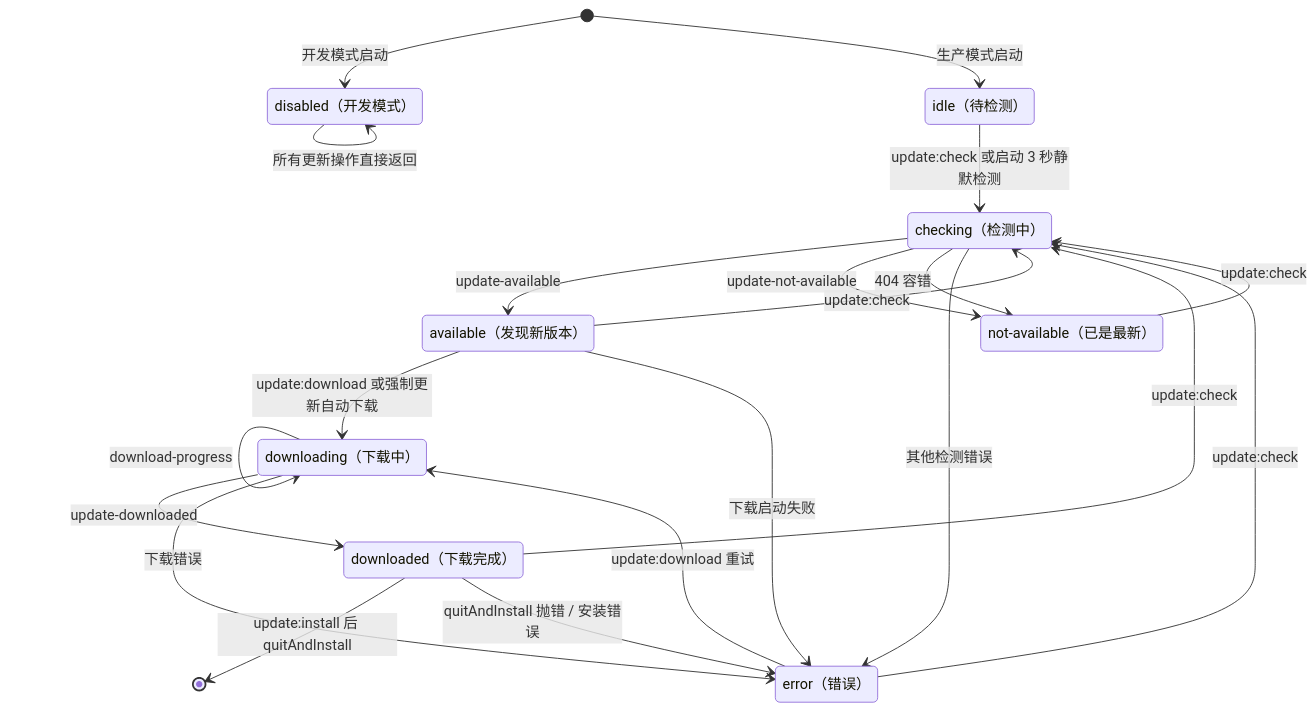
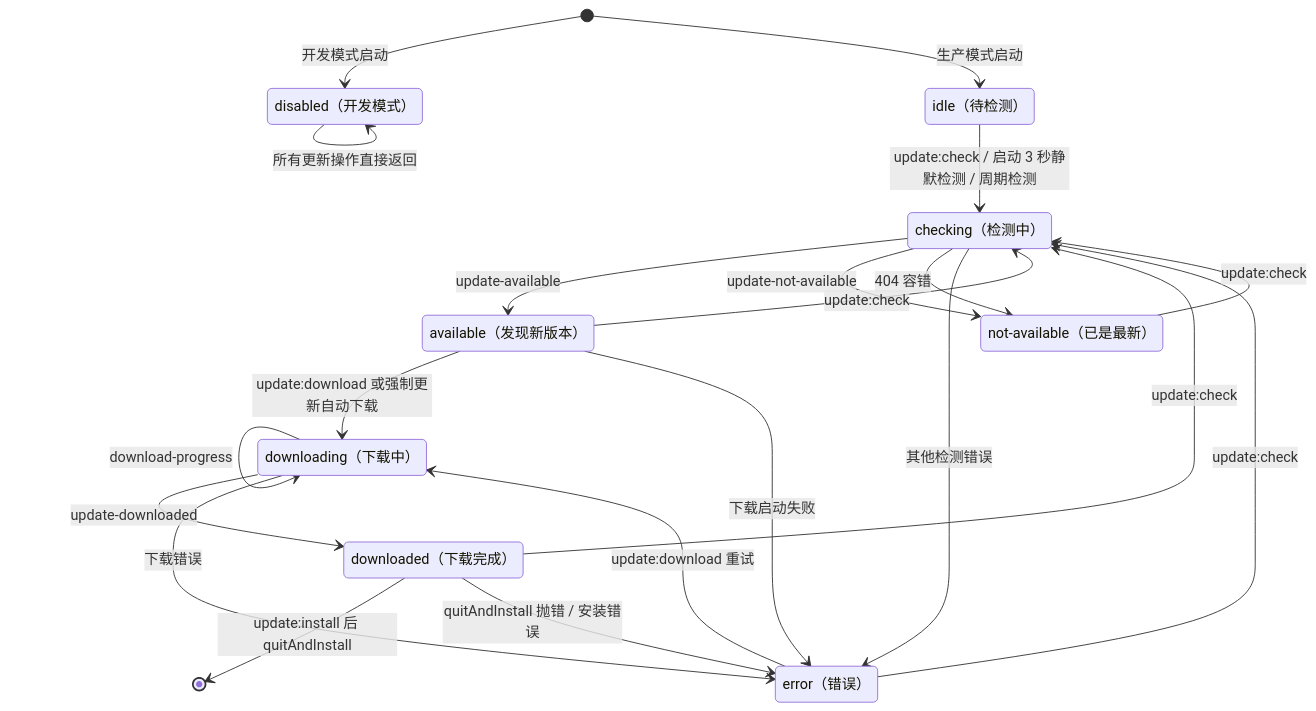
The first of 2 diagrams in docs/自动更新.md (Harley-xk/mark-it), drawn with Mermaid before and after one commit. The commit also changed other lines of this file and 38 other files, not shown here.

````diff
--- a/docs/自动更新.md
+++ b/docs/自动更新.md
@@ -42,32 +42,32 @@
 ```mermaid
 stateDiagram-v2
     state "disabled（开发模式）" as disabled
     state "idle（待检测）" as idle
     state "checking（检测中）" as checking
     state "available（发现新版本）" as available
     state "not-available（已是最新）" as notAvailable
     state "downloading（下载中）" as downloading
     state "downloaded（下载完成）" as downloaded
     state "error（错误）" as error
 
     [*] --> disabled: 开发模式启动
     [*] --> idle: 生产模式启动
-    idle --> checking: update:check 或启动 3 秒静默检测
+    idle --> checking: update:check / 启动 3 秒静默检测 / 周期检测
     notAvailable --> checking: update:check
     available --> checking: update:check
     downloaded --> checking: update:check
     error --> checking: update:check
     checking --> available: update-available
     checking --> notAvailable: update-not-available
     checking --> notAvailable: 404 容错
     checking --> error: 其他检测错误
     available --> downloading: update:download 或强制更新自动下载
     available --> error: 下载启动失败
     error --> downloading: update:download 重试
     downloading --> downloading: download-progress
     downloading --> downloaded: update-downloaded
     downloading --> error: 下载错误
     downloaded --> [*]: update:install 后 quitAndInstall
     downloaded --> error: quitAndInstall 抛错 / 安装错误
     disabled --> disabled: 所有更新操作直接返回
 ```
````
